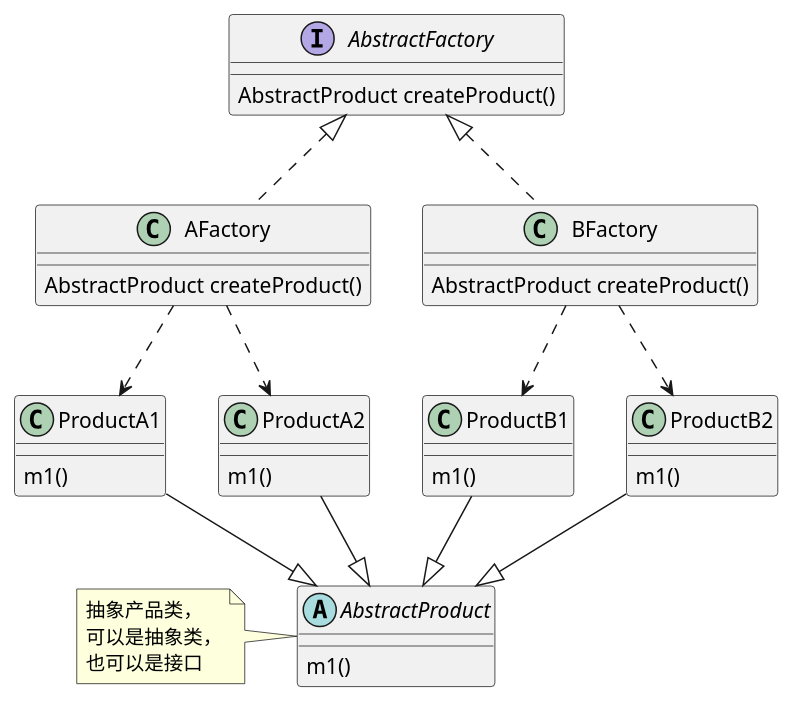
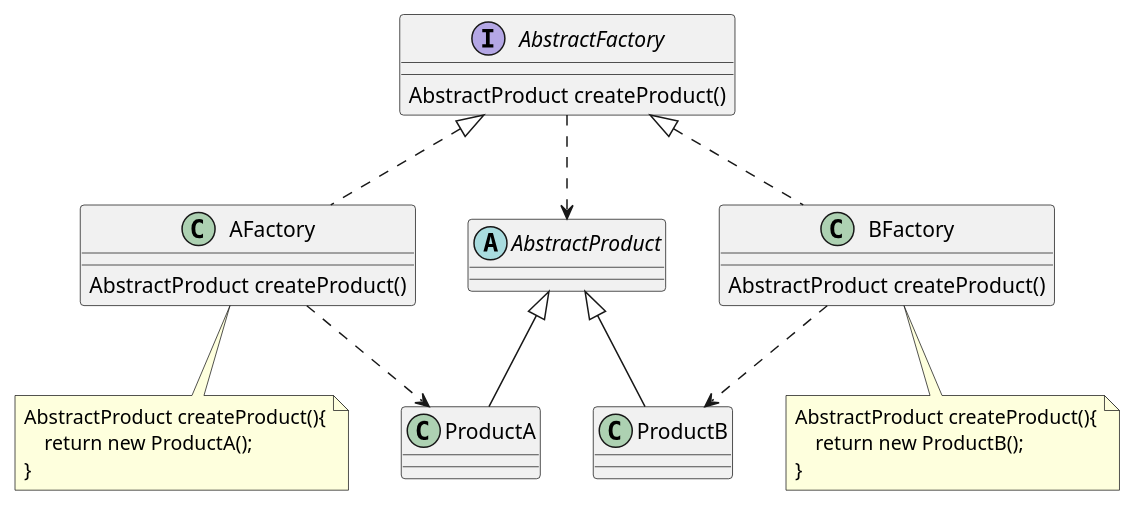
One commit to Drintau/StudyRepository changed the diagram in doc/UML/ms/MS322.puml. Above: the diagram before and after it, drawn with PlantUML. The commit also changed 1 other file, not shown here.

```diff
--- a/doc/UML/ms/MS322.puml
+++ b/doc/UML/ms/MS322.puml
@@ -1,42 +1,37 @@
 @startuml
 
-abstract class AbstractProduct{
-    m1()
-}
-note left of AbstractProduct: 抽象产品类，\n可以是抽象类，\n也可以是接口
-class ProductA1{
-    m1()
-}
-class ProductA2{
-    m1()
-}
-class ProductB1{
-    m1()
-}
-class ProductB2{
-    m1()
-}
+abstract class AbstractProduct{}
+class ProductA{}
+class ProductB{}
 
 interface AbstractFactory{
     AbstractProduct createProduct()
 }
 class AFactory{
     AbstractProduct createProduct()
 }
+note bottom of AFactory
+AbstractProduct createProduct(){
+    return new ProductA();
+}
+end note
 class BFactory{
     AbstractProduct createProduct()
 }
+note bottom of BFactory
+AbstractProduct createProduct(){
+    return new ProductB();
+}
+end note
 
+AbstractFactory ..> AbstractProduct
 AbstractFactory <|.. AFactory
 AbstractFactory <|.. BFactory
-AFactory ..> ProductA1
-AFactory ..> ProductA2
-BFactory ..> ProductB1
-BFactory ..> ProductB2
 
-ProductA1 --|> AbstractProduct
-ProductA2 --|> AbstractProduct
-ProductB1 --|> AbstractProduct
-ProductB2 --|> AbstractProduct
+AbstractProduct <|-- ProductA
+AbstractProduct <|-- ProductB
+
+AFactory ..> ProductA
+BFactory ..> ProductB
 
 @enduml
```
